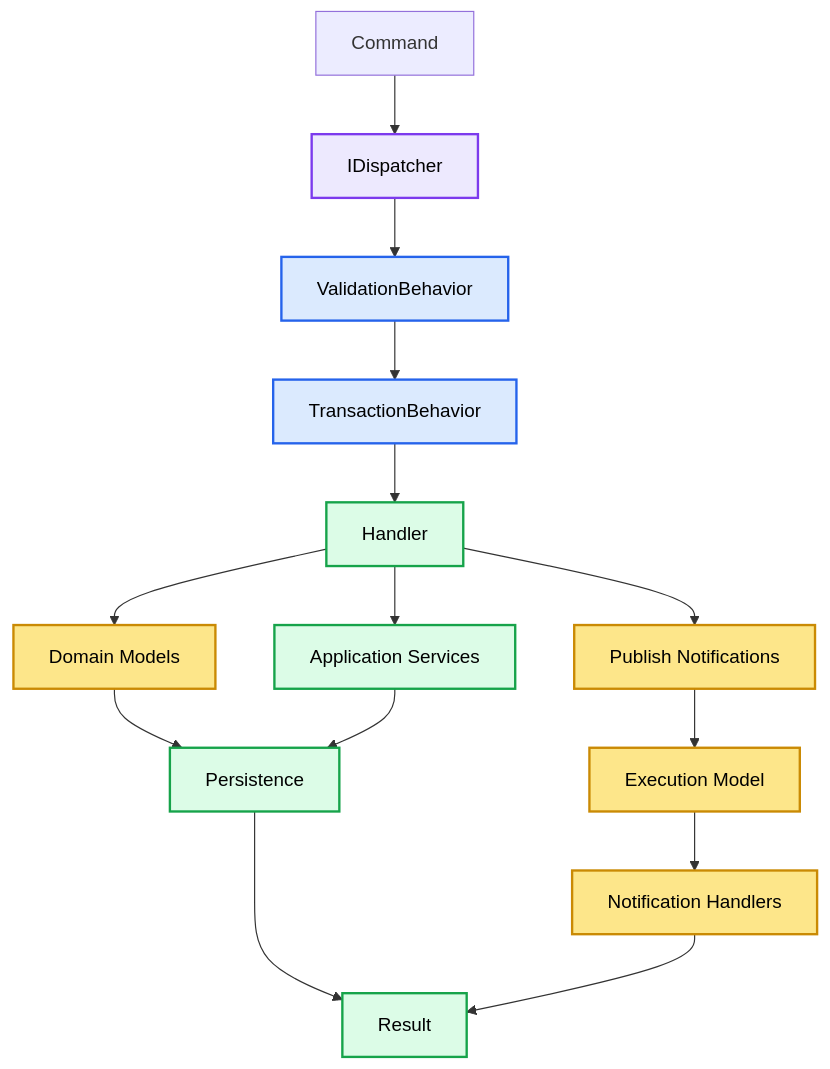
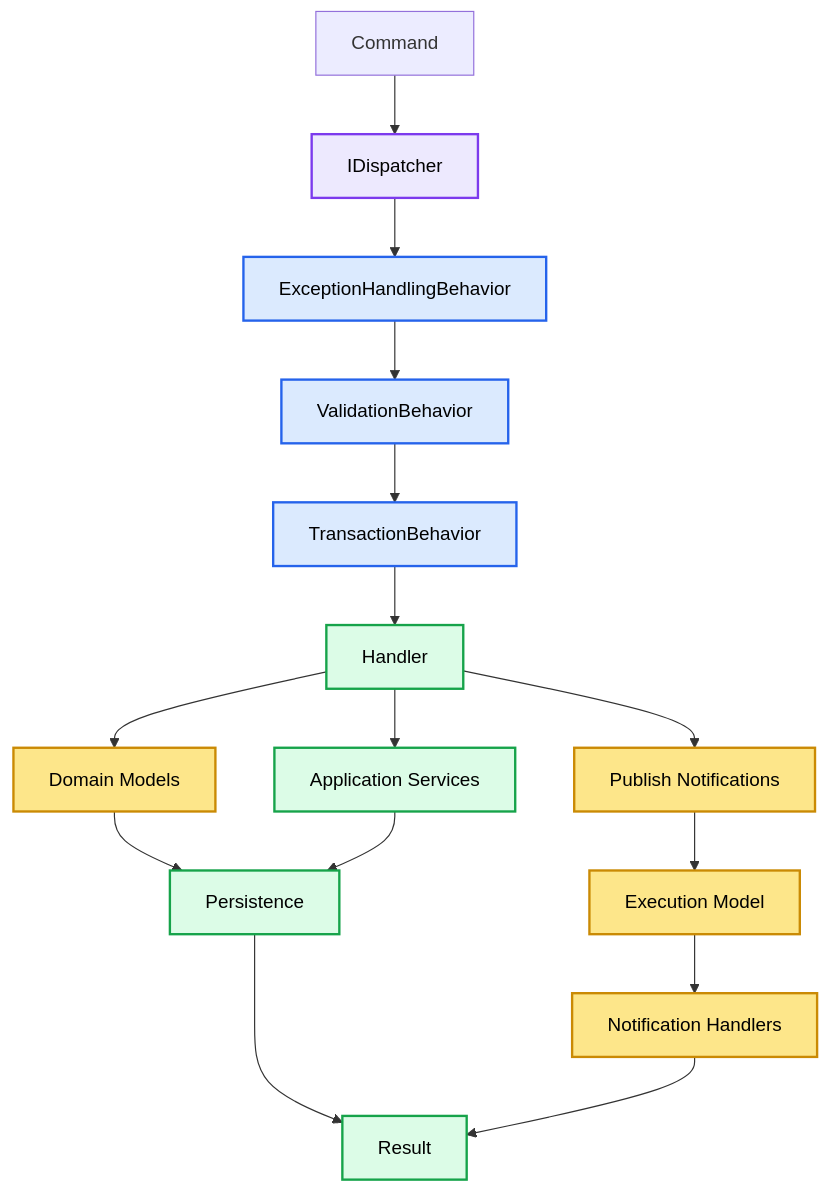
Before and after one commit to soufiane-rizk/Jobwize: the diagram in docs/architecture/11-application-layer-and-use-case.md, drawn with Mermaid. The commit also changed other lines of this file and 8 other files, not shown here.

Commit message:
docs(architecture): document frontend foundation

````diff
--- a/docs/architecture/11-application-layer-and-use-case.md
+++ b/docs/architecture/11-application-layer-and-use-case.md
@@ -49,57 +49,60 @@
 ```mermaid
 flowchart TD
 
     REQUEST["Command"]
 
     DISPATCHER["IDispatcher"]
+
+    EXCEPTIONS["ExceptionHandlingBehavior"]
 
     VALIDATION["ValidationBehavior"]
 
     TRANSACTION["TransactionBehavior"]
 
     HANDLER["Handler"]
 
     SERVICES["Application Services"]
 
     DOMAIN["Domain Models"]
 
     PERSISTENCE["Persistence"]
 
     NOTIFICATIONS["Publish Notifications"]
 
     EXECUTION["Execution Model"]
 
     NHANDLERS["Notification Handlers"]
 
     RESULT["Result"]
 
     REQUEST --> DISPATCHER
-    DISPATCHER --> VALIDATION
+    DISPATCHER --> EXCEPTIONS
+    EXCEPTIONS --> VALIDATION
     VALIDATION --> TRANSACTION
     TRANSACTION --> HANDLER
 
     HANDLER --> DOMAIN
     HANDLER --> SERVICES
 
     DOMAIN --> PERSISTENCE
     SERVICES --> PERSISTENCE
 
     HANDLER --> NOTIFICATIONS
     NOTIFICATIONS --> EXECUTION
     EXECUTION --> NHANDLERS
 
     PERSISTENCE --> RESULT
     NHANDLERS --> RESULT
 
     classDef dispatcher fill:#ede9fe,stroke:#7c3aed,color:#000,stroke-width:2px;
     classDef pipeline fill:#dbeafe,stroke:#2563eb,color:#000,stroke-width:2px;
     classDef application fill:#dcfce7,stroke:#16a34a,color:#000,stroke-width:2px;
     classDef domain fill:#fde68a,stroke:#ca8a04,color:#000,stroke-width:2px;
     classDef runtime fill:#fde68a,stroke:#ca8a04,color:#000,stroke-width:2px;
 
     class DISPATCHER dispatcher;
-    class VALIDATION,TRANSACTION pipeline;
+    class EXCEPTIONS,VALIDATION,TRANSACTION pipeline;
     class HANDLER,SERVICES,PERSISTENCE,RESULT application;
     class DOMAIN domain;
     class NOTIFICATIONS,EXECUTION,NHANDLERS runtime;
 ```
````
